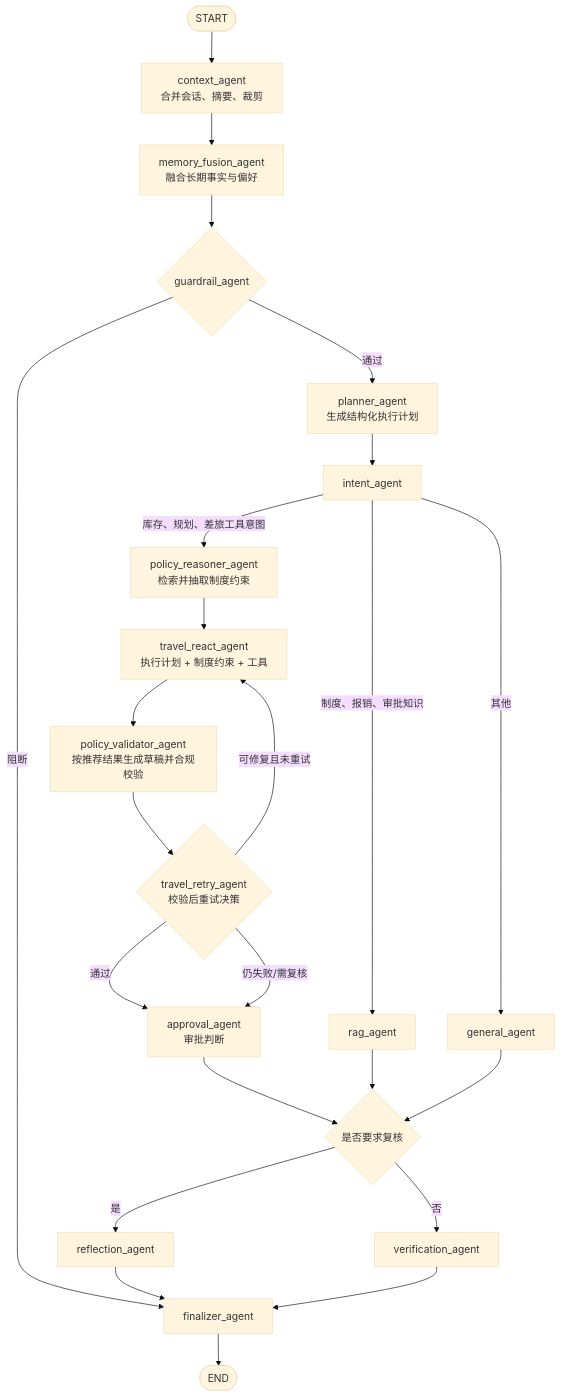
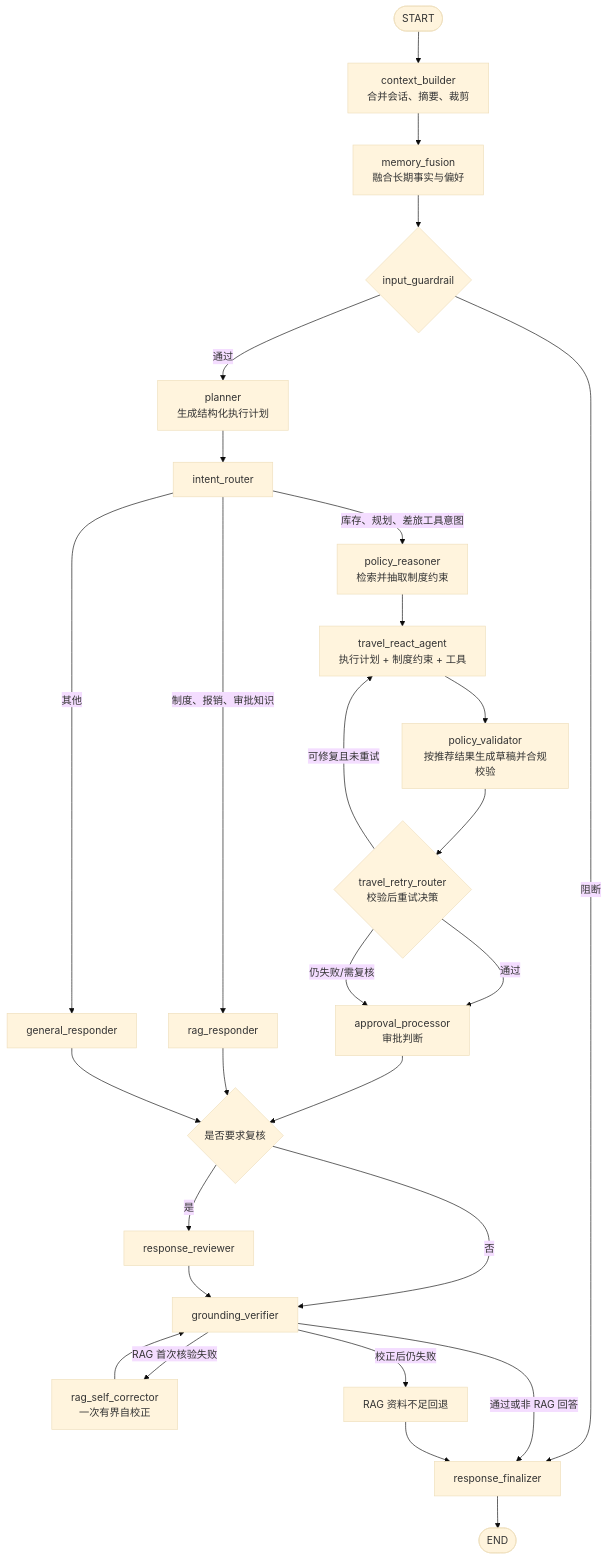
Before and after one commit to wangyang-777/Multi-Agent-Business-Travel-Assistant-System: the third of 11 diagrams in docs/overall-design.md, drawn with Mermaid (base theme). The commit also changed other lines of this file and 36 other files, not shown here.

````diff
--- a/docs/overall-design.md
+++ b/docs/overall-design.md
@@ -158,29 +166,33 @@
 ```mermaid
 flowchart TD
-    Start([START]) --> Context[context_agent<br/>合并会话、摘要、裁剪]
-    Context --> Memory[memory_fusion_agent<br/>融合长期事实与偏好]
-    Memory --> Guardrail{guardrail_agent}
-    Guardrail -->|阻断| Finalizer[finalizer_agent]
-    Guardrail -->|通过| Planner[planner_agent<br/>生成结构化执行计划]
-    Planner --> Intent[intent_agent]
+    Start([START]) --> Context[context_builder<br/>合并会话、摘要、裁剪]
+    Context --> Memory[memory_fusion<br/>融合长期事实与偏好]
+    Memory --> Guardrail{input_guardrail}
+    Guardrail -->|阻断| Finalizer[response_finalizer]
+    Guardrail -->|通过| Planner[planner<br/>生成结构化执行计划]
+    Planner --> Intent[intent_router]
 
-    Intent -->|库存、规划、差旅工具意图| PolicyReasoner[policy_reasoner_agent<br/>检索并抽取制度约束]
-    Intent -->|制度、报销、审批知识| RAG[rag_agent]
-    Intent -->|其他| General[general_agent]
+    Intent -->|库存、规划、差旅工具意图| PolicyReasoner[policy_reasoner<br/>检索并抽取制度约束]
+    Intent -->|制度、报销、审批知识| RAG[rag_responder]
+    Intent -->|其他| General[general_responder]
 
     PolicyReasoner --> Travel[travel_react_agent<br/>执行计划 + 制度约束 + 工具]
-    Travel --> PolicyValidator[policy_validator_agent<br/>按推荐结果生成草稿并合规校验]
-    PolicyValidator --> Retry{travel_retry_agent<br/>校验后重试决策}
-    Retry -->|通过| Approval[approval_agent<br/>审批判断]
+    Travel --> PolicyValidator[policy_validator<br/>按推荐结果生成草稿并合规校验]
+    PolicyValidator --> Retry{travel_retry_router<br/>校验后重试决策}
+    Retry -->|通过| Approval[approval_processor<br/>审批判断]
     Retry -->|可修复且未重试| Travel
     Retry -->|仍失败/需复核| Approval
     Approval --> AfterAnswer{是否要求复核}
     RAG --> AfterAnswer
     General --> AfterAnswer
 
-    AfterAnswer -->|是| Reflection[reflection_agent]
-    AfterAnswer -->|否| Verify[verification_agent]
-    Reflection --> Finalizer
-    Verify --> Finalizer
+    AfterAnswer -->|是| Reflection[response_reviewer]
+    AfterAnswer -->|否| Verify[grounding_verifier]
+    Reflection --> Verify
+    Verify -->|通过或非 RAG 回答| Finalizer
+    Verify -->|RAG 首次核验失败| Correct[rag_self_corrector<br/>一次有界自校正]
+    Correct --> Verify
+    Verify -->|校正后仍失败| RAGFallback[RAG 资料不足回退]
+    RAGFallback --> Finalizer
     Finalizer --> End([END])
 ```
````
